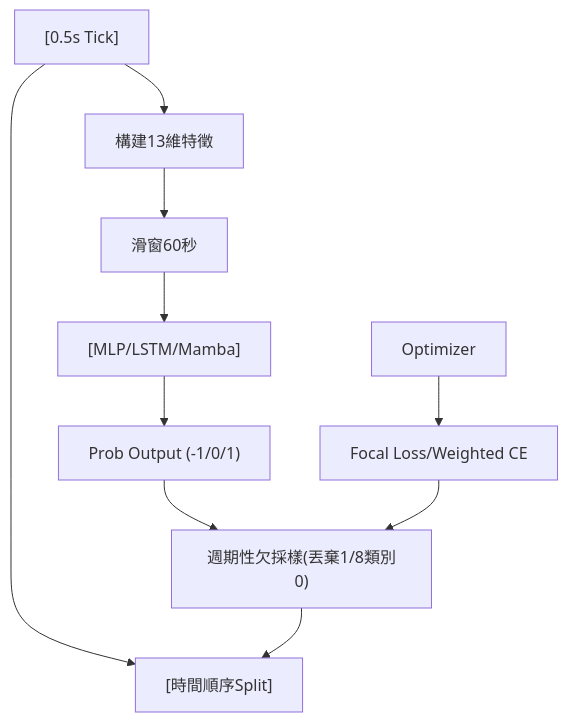
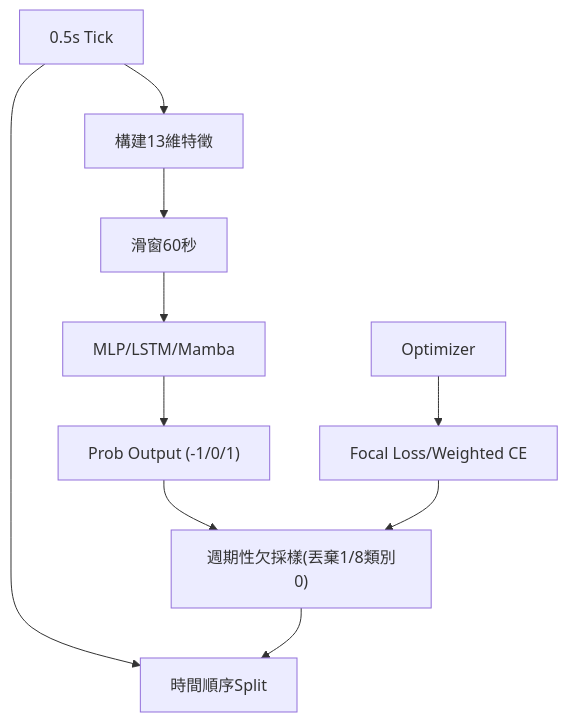
The diagram in foundations/market-microstructure/art-171.md (sou350121/Trading-Handbook), drawn with Mermaid before and after one commit. The commit also changed 191 other files, not shown here.

First line of the commit message:
render: fix math + mermaid for GitHub across the corpus (188 pages)

````diff
--- a/foundations/market-microstructure/art-171.md
+++ b/foundations/market-microstructure/art-171.md
@@ -32,12 +32,12 @@
 ```mermaid
 flowchart TD
-A["[0.5s Tick]"] --> B["構建13維特徵"]
+A["0.5s Tick"] --> B["構建13維特徵"]
 B --> C["滑窗60秒"]
-C --> D["[MLP/LSTM/Mamba]"]
+C --> D["MLP/LSTM/Mamba"]
 D --> E["Prob Output (-1/0/1)"]
-A --> F["[時間順序Split]"]
+A --> F["時間順序Split"]
 E --> G["週期性欠採樣(丟棄1/8類別0)"]
 H["Focal Loss/Weighted CE"] --> G
 G --> F
 I["Optimizer"] --> H
 ```
````
